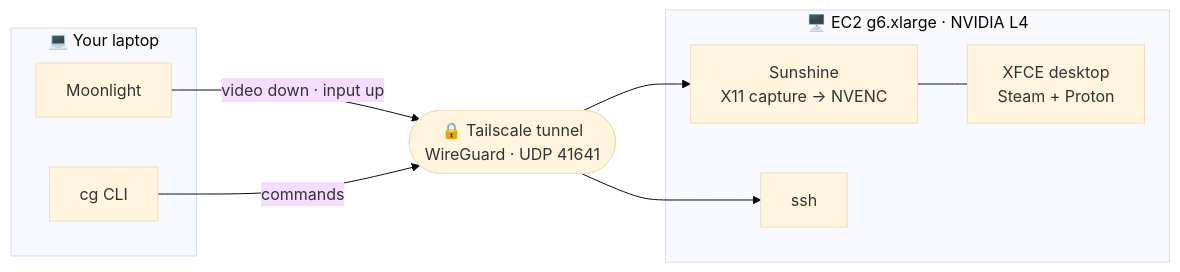
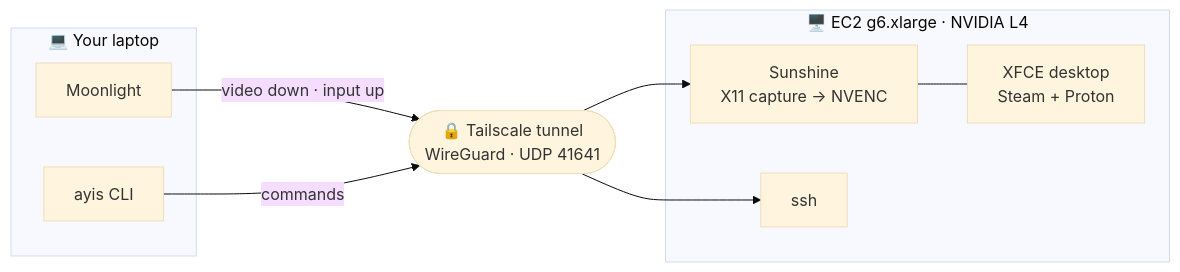
One commit to jebin2/aws_cloud_gaming changed the first of 9 diagrams in docs/architecture.md. Above: the diagram before and after it, drawn with Mermaid (base theme). The commit also changed other lines of this file and 334 other files, not shown here.

````diff
--- a/docs/architecture.md
+++ b/docs/architecture.md
@@ -12,21 +12,21 @@
 ```mermaid
 flowchart LR
   subgraph laptop["💻 Your laptop"]
     ml["Moonlight"]
-    cg["cg CLI"]
+    ayis["ayis CLI"]
   end
 
   tunnel(["🔒 Tailscale tunnel<br/>WireGuard · UDP 41641"])
 
   subgraph box["🖥️ EC2 g6.xlarge · NVIDIA L4"]
     sun["Sunshine<br/>X11 capture → NVENC"]
     desk["XFCE desktop<br/>Steam + Proton"]
     sshd["ssh"]
   end
 
   ml -->|"video down · input up"| tunnel
-  cg -->|"commands"| tunnel
+  ayis -->|"commands"| tunnel
   tunnel --> sun
   tunnel --> sshd
   sun --- desk
 ```
````
